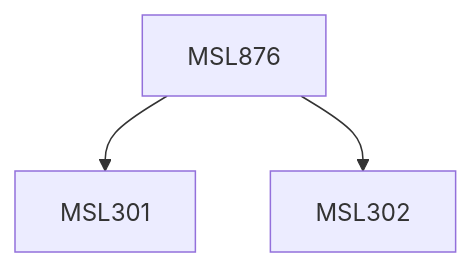
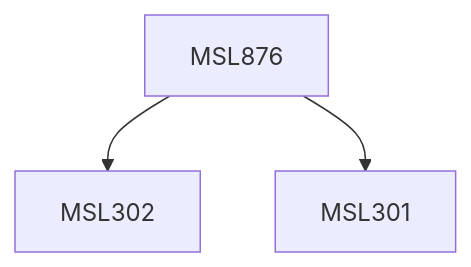
Before and after one commit to KeshavBansal0122/CoS_Website: the diagram in content/Management Studies/MSL876.md, drawn with Mermaid. The commit also changed other lines of this file and 2662 other files, not shown here.

````diff
--- a/content/Management Studies/MSL876.md
+++ b/content/Management Studies/MSL876.md
@@ -13,9 +13,9 @@
 ```mermaid
 flowchart TD
 MSL876-584[MSL876]
+MSL876-584 --> MSL302-584[MSL302]
 MSL876-584 --> MSL301-584[MSL301]
-MSL876-584 --> MSL302-584[MSL302]
 
 classDef empty height:17px, fill:transparent, stroke:transparent;
 classDef trueEmpty height:0px, width:0px;
 ```
````
